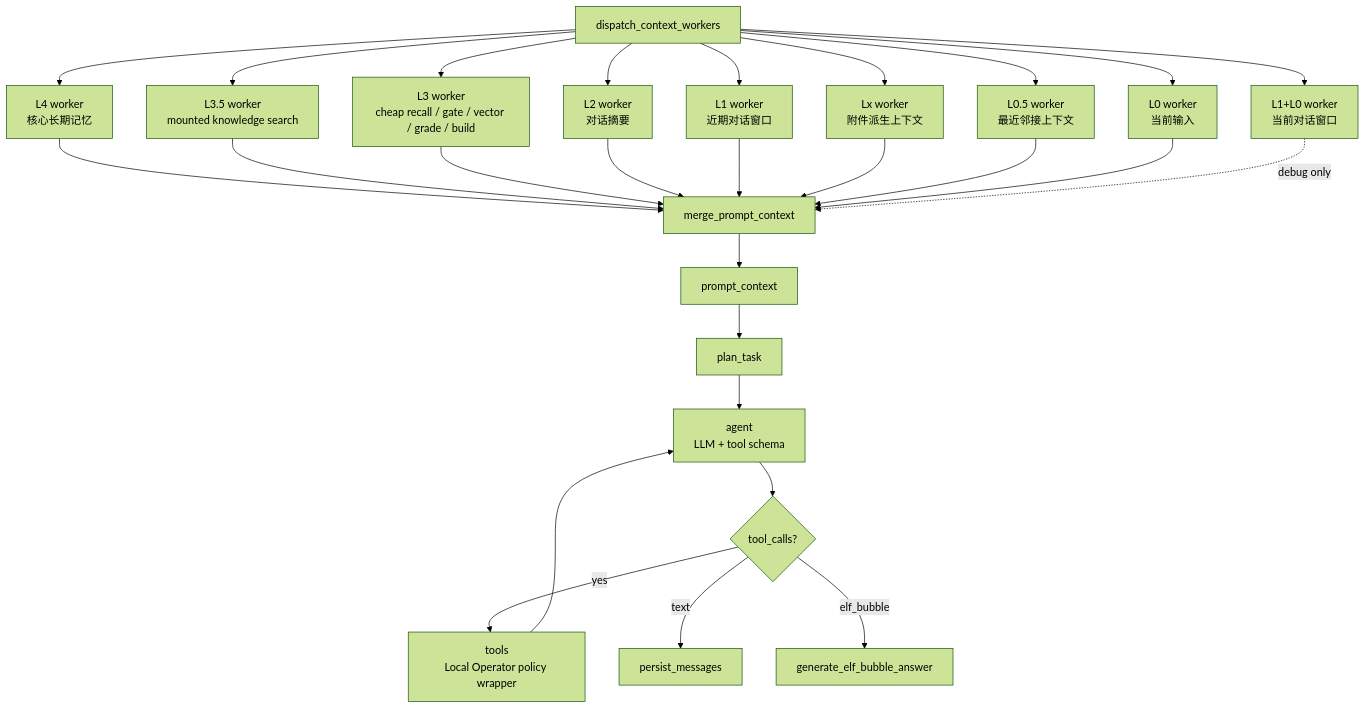
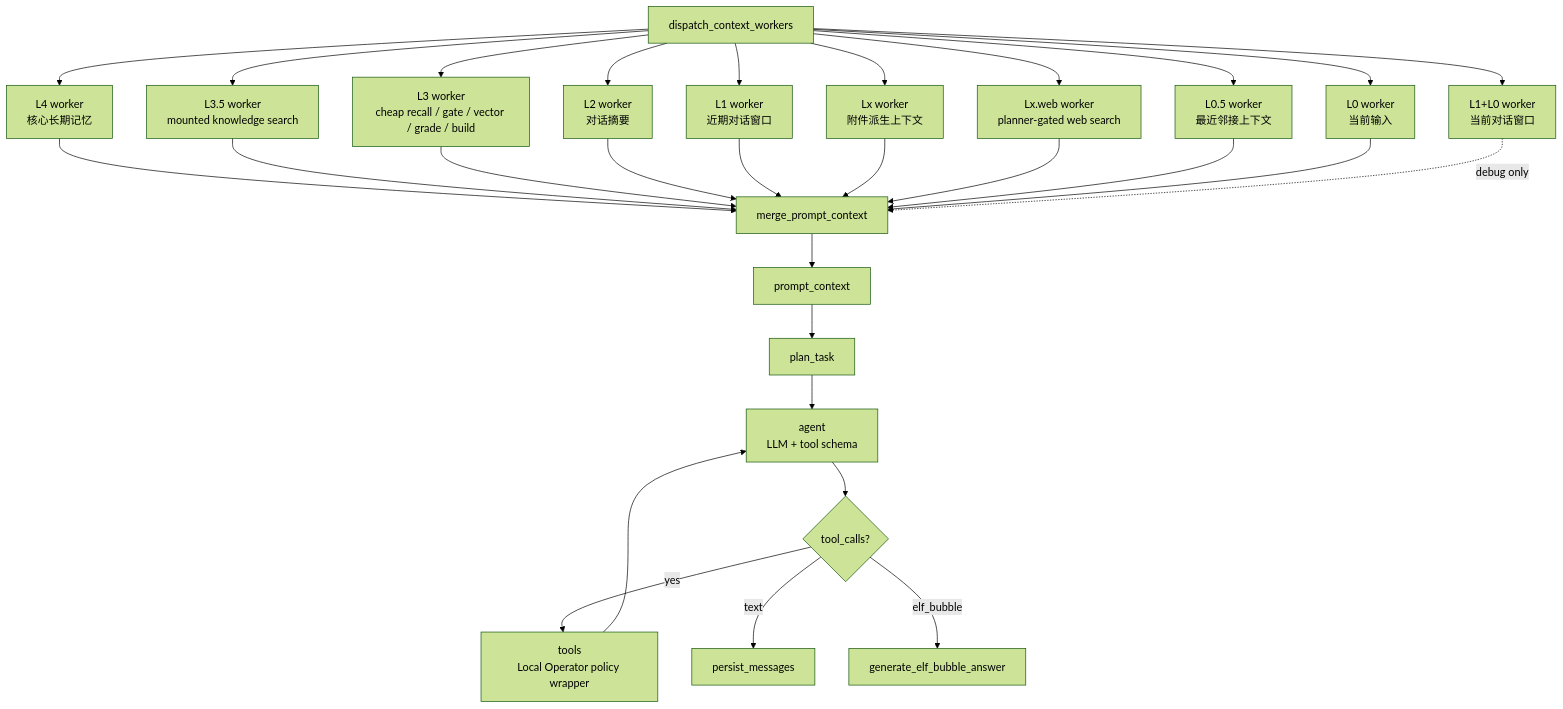
The second of 5 diagrams in docs/agent/memory-chat-graph.md (LiuJiaxuan1024/AiMemo), drawn with Mermaid (forest theme) before and after one commit. The commit also changed other lines of this file and 43 other files, not shown here.

Commit message:
feat: add web search and improve dev startup

````diff
--- a/docs/agent/memory-chat-graph.md
+++ b/docs/agent/memory-chat-graph.md
@@ -536,31 +545,33 @@
 ```mermaid
 flowchart TD
     Dispatch[dispatch_context_workers] --> L4[L4 worker<br/>核心长期记忆]
     Dispatch --> K35[L3.5 worker<br/>mounted knowledge search]
     Dispatch --> L3[L3 worker<br/>cheap recall / gate / vector / grade / build]
     Dispatch --> L2[L2 worker<br/>对话摘要]
     Dispatch --> L1[L1 worker<br/>近期对话窗口]
     Dispatch --> LX[Lx worker<br/>附件派生上下文]
+    Dispatch --> LXW[Lx.web worker<br/>planner-gated web search]
     Dispatch --> L05[L0.5 worker<br/>最近邻接上下文]
     Dispatch --> L0[L0 worker<br/>当前输入]
     Dispatch --> Window[L1+L0 worker<br/>当前对话窗口]
 
     L4 --> Merge[merge_prompt_context]
     K35 --> Merge
     L3 --> Merge
     L2 --> Merge
     L1 --> Merge
     LX --> Merge
+    LXW --> Merge
     L05 --> Merge
     L0 --> Merge
     Window -. debug only .-> Merge
 
     Merge --> Prompt[prompt_context]
     Prompt --> Plan[plan_task]
     Plan --> Agent[agent<br/>LLM + tool schema]
     Agent --> Route{tool_calls?}
     Route -->|yes| Tools[tools<br/>Local Operator policy wrapper]
     Tools --> Agent
     Route -->|text| Persist[persist_messages]
     Route -->|elf_bubble| BubbleGenerate[generate_elf_bubble_answer]
 ```
````
